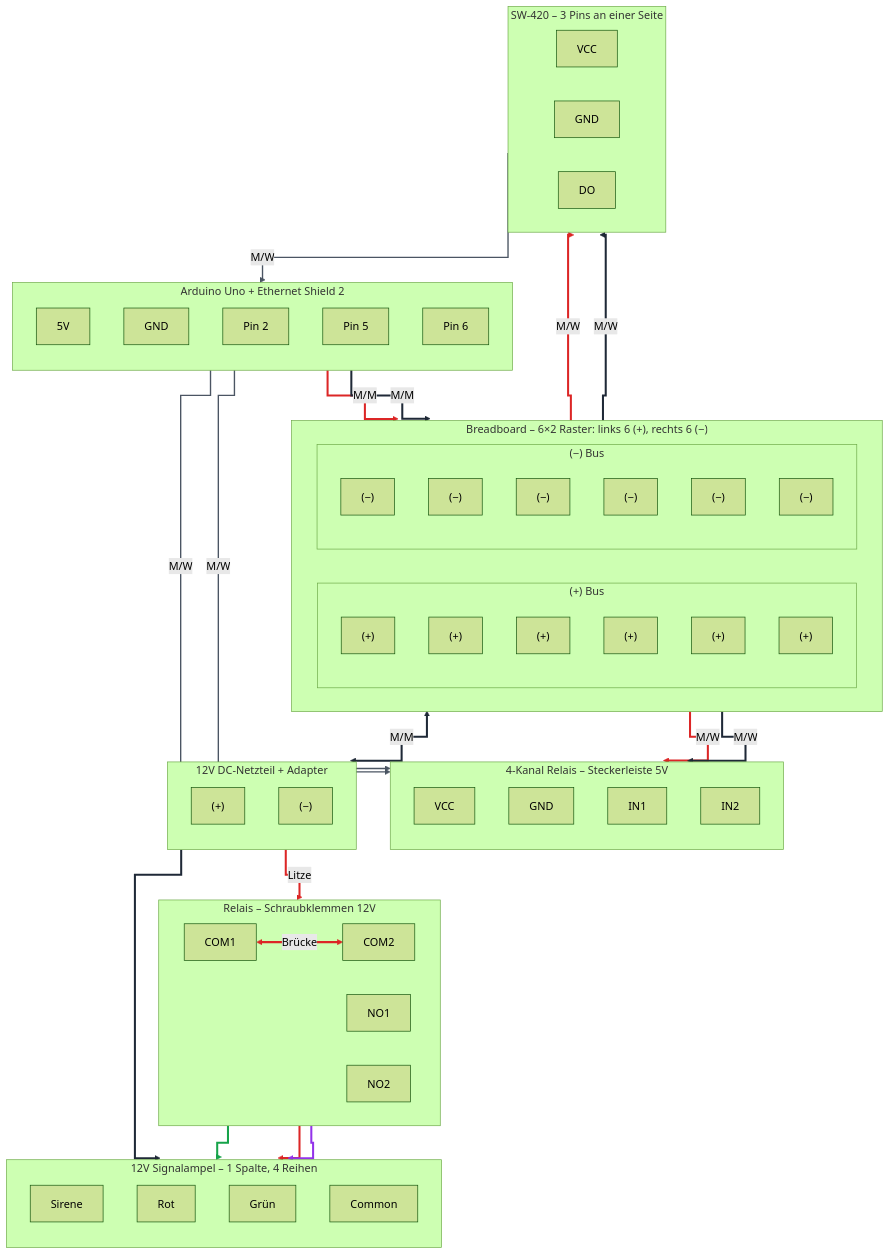
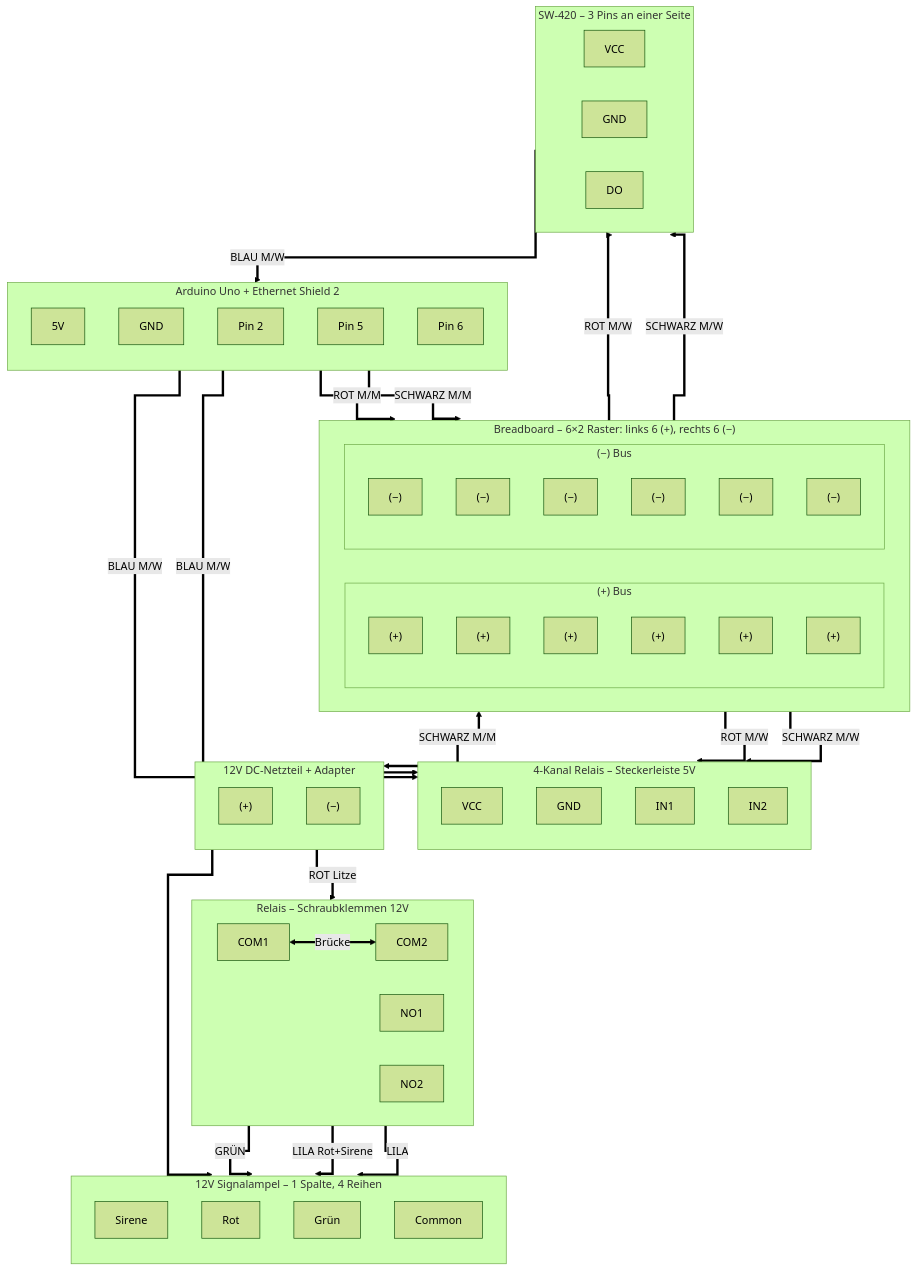
The diagram in docs/05-hardware/arduino-vibrationssensor-verdrahtung.mermaid (OliverBerger-ORBIS/ORBIS-Modellfabrik), drawn with Mermaid (forest theme) before and after one commit. The commit also changed 21 other files, not shown here.

```diff
--- a/docs/05-hardware/arduino-vibrationssensor-verdrahtung.mermaid
+++ b/docs/05-hardware/arduino-vibrationssensor-verdrahtung.mermaid
@@ -1,111 +1,94 @@
 %% Arduino Vibrationssensor APS-Modellfabrik – Verdrahtungsdiagramm
 %% Siehe: arduino-vibrationssensor.md
 %% Stand: 2026-02
 %% L-förmige Kanten (stepBefore), Kabel-Farben, Komponenten-Darstellung
 %% Breadboard: 6×2 Raster. Signalampel: 1 Spalte, 4 Reihen (Sirene oben, Common unten).
 
 %%{init: {'flowchart': {'curve': 'stepBefore'}}}%%
 flowchart TB
     subgraph ARDUINO["Arduino Uno + Ethernet Shield 2"]
         direction TB
         A_5V["5V"]
         A_GND["GND"]
         A_P2["Pin 2"]
         A_P5["Pin 5"]
         A_P6["Pin 6"]
     end
 
     subgraph BREADBOARD["Breadboard – 6×2 Raster: links 6 (+), rechts 6 (−)"]
         direction LR
         subgraph BB_PLUS["(+) Bus"]
             direction TB
             BB_P1["(+)"]; BB_P2["(+)"]; BB_P3["(+)"]; BB_P4["(+)"]; BB_P5["(+)"]; BB_P6["(+)"]
         end
         subgraph BB_MINUS["(−) Bus"]
             direction TB
             BB_M1["(−)"]; BB_M2["(−)"]; BB_M3["(−)"]; BB_M4["(−)"]; BB_M5["(−)"]; BB_M6["(−)"]
         end
     end
 
     subgraph SW420["SW-420 – 3 Pins an einer Seite"]
         direction LR
         S_VCC["VCC"]
         S_GND["GND"]
         S_DO["DO"]
     end
 
     subgraph RELAIS_IN["4-Kanal Relais – Steckerleiste 5V"]
         direction TB
         R_VCC["VCC"]
         R_GND["GND"]
         R_IN1["IN1"]
         R_IN2["IN2"]
     end
 
     subgraph RELAIS_OUT["Relais – Schraubklemmen 12V"]
         direction LR
         R_COM1["COM1"]
         R_COM2["COM2"]
         R_NO1["NO1"]
         R_NO2["NO2"]
     end
 
     subgraph DC["12V DC-Netzteil + Adapter"]
         direction TB
         DC_PLUS["(+)"]
         DC_MINUS["(−)"]
     end
 
     subgraph AMPEL["12V Signalampel – 1 Spalte, 4 Reihen"]
         direction TB
         AMP_SIRENE["Sirene"]
         AMP_ROT["Rot"]
         AMP_GRUEN["Grün"]
         AMP_COMMON["Common"]
     end
 
-    %% 5V-Stromverteilung (je Breadboard-Anschluss max. 1 Verbindung)
-    A_5V -->|"M/M"| BB_P1
-    A_GND -->|"M/M"| BB_M1
+    %% Dicke Kanten (==>) + Farb-Labels – linkStyle wird oft ignoriert
+    %% 5V-Stromverteilung
+    A_5V ==>|"ROT M/M"| BB_P1
+    A_GND ==>|"SCHWARZ M/M"| BB_M1
 
     %% Sensor
-    BB_P2 -->|"M/W"| S_VCC
-    BB_M2 -->|"M/W"| S_GND
-    S_DO -->|"M/W"| A_P2
+    BB_P2 ==>|"ROT M/W"| S_VCC
+    BB_M2 ==>|"SCHWARZ M/W"| S_GND
+    S_DO ==>|"BLAU M/W"| A_P2
 
     %% Relais-Eingang
-    BB_P3 -->|"M/W"| R_VCC
-    BB_M3 -->|"M/W"| R_GND
-    A_P5 -->|"M/W"| R_IN1
-    A_P6 -->|"M/W"| R_IN2
+    BB_P3 ==>|"ROT M/W"| R_VCC
+    BB_M3 ==>|"SCHWARZ M/W"| R_GND
+    A_P5 ==>|"BLAU M/W"| R_IN1
+    A_P6 ==>|"BLAU M/W"| R_IN2
 
     %% 12V-Versorgung Relais
-    DC_PLUS -->|"Litze"| R_COM1
-    R_COM1 <-->|"Brücke"| R_COM2
+    DC_PLUS ==>|"ROT Litze"| R_COM1
+    R_COM1 <==>|"Brücke"| R_COM2
 
     %% Ampel
-    DC_MINUS --> AMP_COMMON
-    R_NO1 --> AMP_GRUEN
-    R_NO2 --> AMP_ROT
-    R_NO2 --> AMP_SIRENE
+    DC_MINUS ==> AMP_COMMON
+    R_NO1 ==>|"GRÜN"| AMP_GRUEN
+    R_NO2 ==>|"LILA Rot+Sirene"| AMP_ROT
+    R_NO2 ==>|"LILA"| AMP_SIRENE
 
     %% Common Ground
-    BB_M4 <-->|"M/M"| DC_MINUS
-
-    %% Kabel-Farben: Rot #dc2626, Schwarz #1f2937, Grün #16a34a, Lila #9333ea, Grau #6b7280
-    linkStyle 0 stroke:#dc2626,stroke-width:3px
-    linkStyle 1 stroke:#1f2937,stroke-width:3px
-    linkStyle 2 stroke:#dc2626,stroke-width:3px
-    linkStyle 3 stroke:#1f2937,stroke-width:3px
-    linkStyle 4 stroke:#4b5563,stroke-width:2px
-    linkStyle 5 stroke:#dc2626,stroke-width:3px
-    linkStyle 6 stroke:#1f2937,stroke-width:3px
-    linkStyle 7 stroke:#4b5563,stroke-width:2px
-    linkStyle 8 stroke:#4b5563,stroke-width:2px
-    linkStyle 9 stroke:#dc2626,stroke-width:3px
-    linkStyle 10 stroke:#dc2626,stroke-width:3px
-    linkStyle 11 stroke:#1f2937,stroke-width:3px
-    linkStyle 12 stroke:#16a34a,stroke-width:3px
-    linkStyle 13 stroke:#dc2626,stroke-width:3px
-    linkStyle 14 stroke:#9333ea,stroke-width:3px
-    linkStyle 15 stroke:#1f2937,stroke-width:3px
+    BB_M4 <==>|"SCHWARZ M/M"| DC_MINUS
```
